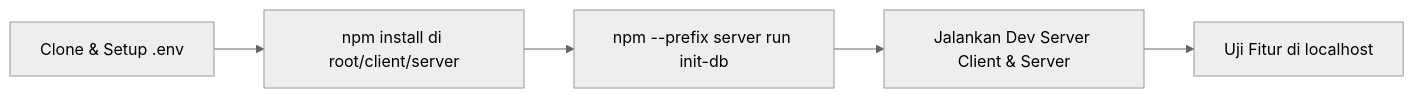
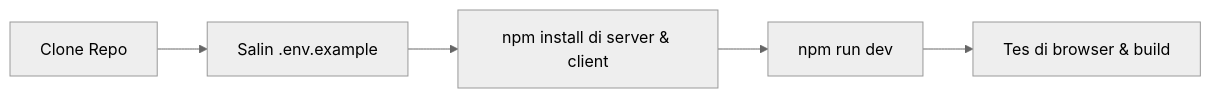
The diagram in docs/WORKFLOW.md (SlmAlhdr/pahamteks), drawn with Mermaid (neutral theme) before and after one commit. The commit also changed other lines of this file and 25 other files, not shown here.

````diff
--- a/docs/WORKFLOW.md
+++ b/docs/WORKFLOW.md
@@ -9,7 +9,7 @@
 ```mermaid
 flowchart LR
-    Setup[Clone & Setup .env] --> Install[npm install di root/client/server]
-    Install --> InitDB[npm --prefix server run init-db]
-    InitDB --> RunDev[Jalankan Dev Server Client & Server]
-    RunDev --> TestLocal[Uji Fitur di localhost]
+    Clone[Clone Repo] --> Env[Salin .env.example]
+    Env --> Install[npm install di server & client]
+    Install --> Run[npm run dev]
+    Run --> Test[Tes di browser & build]
 ```
````
